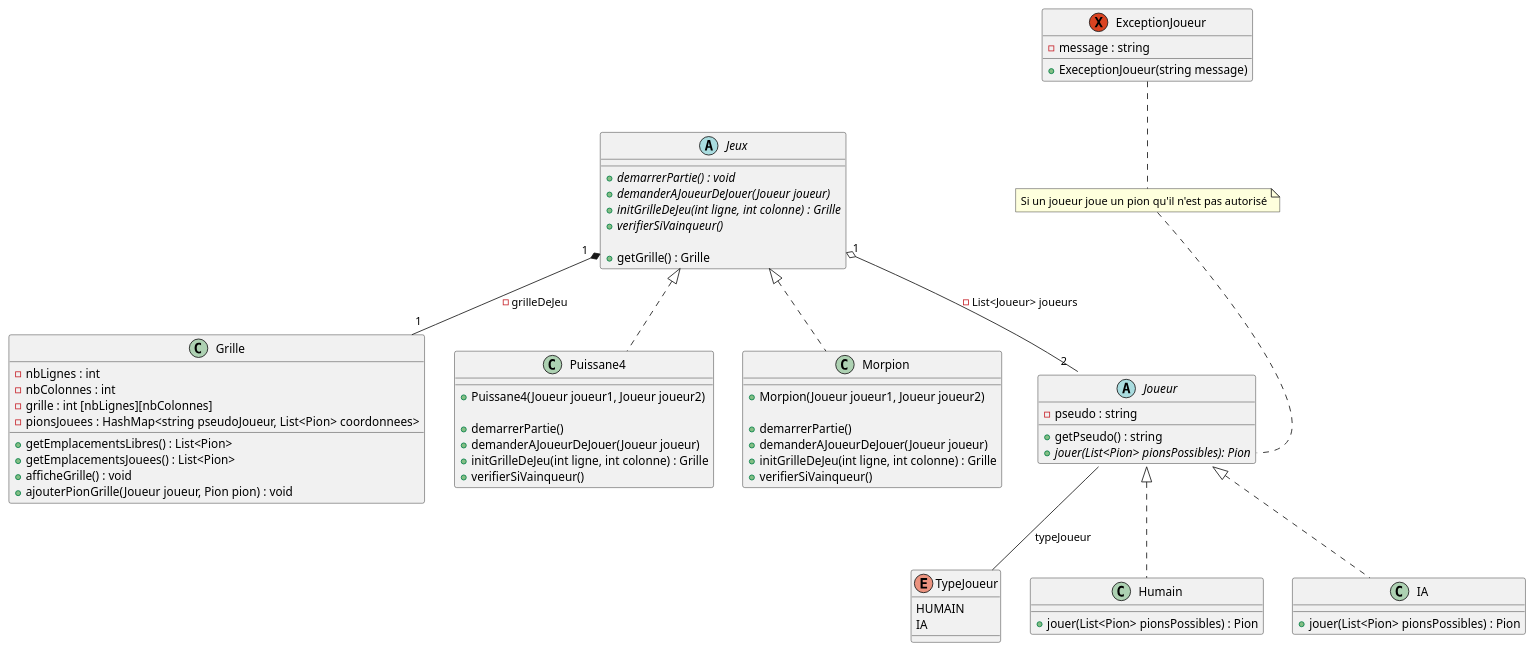
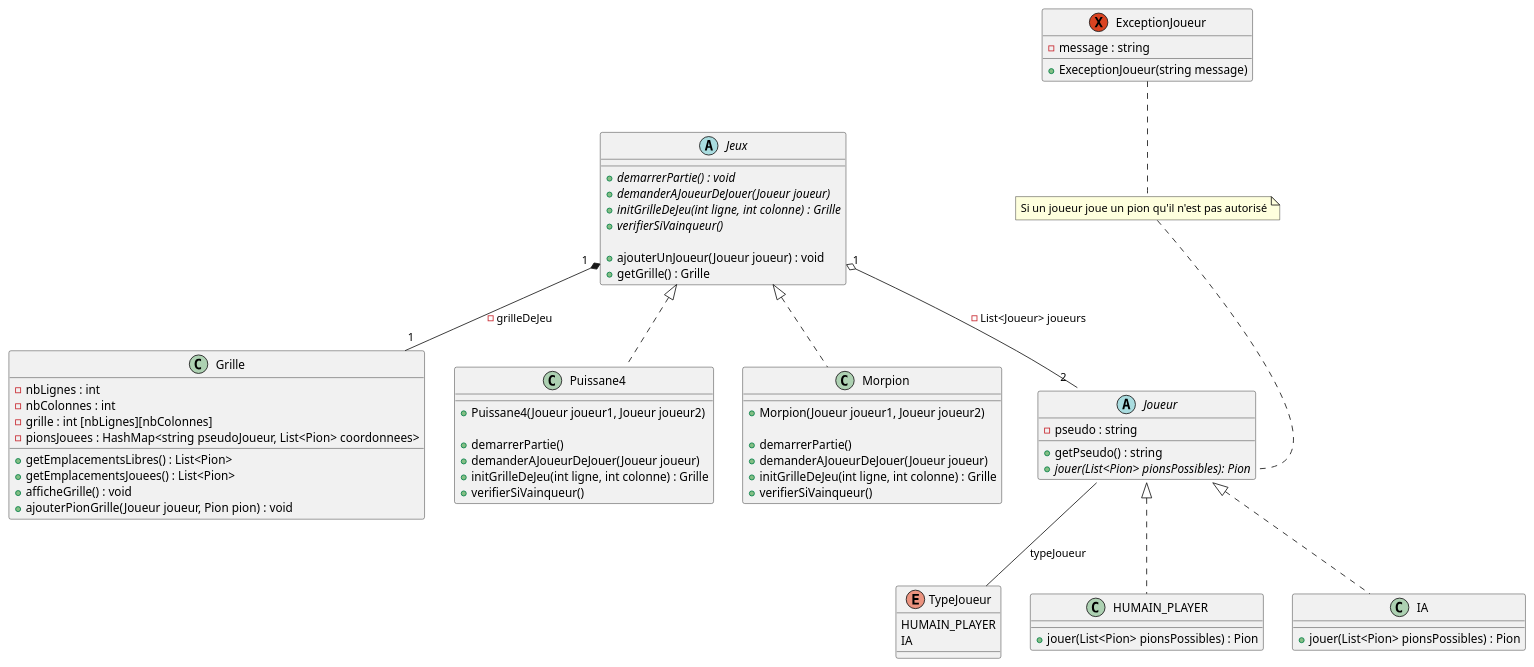
The diagram in uml/diagrammeDeClasse.puml (bobylatruffe/TP4), drawn with PlantUML before and after one commit. The commit also changed 14 other files, not shown here.

```diff
--- a/uml/diagrammeDeClasse.puml
+++ b/uml/diagrammeDeClasse.puml
@@ -1,78 +1,79 @@
 @startuml TP3
 
 abstract class Jeux {
   {abstract} + demarrerPartie() : void
   {abstract} + demanderAJoueurDeJouer(Joueur joueur)
   {abstract} + initGrilleDeJeu(int ligne, int colonne) : Grille
   {abstract} + verifierSiVainqueur()
 
+  + ajouterUnJoueur(Joueur joueur) : void
   + getGrille() : Grille
 }
 
 class Morpion {
   + Morpion(Joueur joueur1, Joueur joueur2)
   
   + demarrerPartie()
   + demanderAJoueurDeJouer(Joueur joueur)
   + initGrilleDeJeu(int ligne, int colonne) : Grille
   + verifierSiVainqueur()
 }
 
 class Puissane4 {
   + Puissane4(Joueur joueur1, Joueur joueur2)
   
   + demarrerPartie()
   + demanderAJoueurDeJouer(Joueur joueur)
   + initGrilleDeJeu(int ligne, int colonne) : Grille
   + verifierSiVainqueur()
 }
 
 abstract class Joueur {
   - pseudo : string
   + getPseudo() : string
   {abstract} + jouer(List<Pion> pionsPossibles): Pion
 }
 
 enum TypeJoueur {
-  HUMAIN
+  HUMAIN_PLAYER
   IA
 }
 
-class Humain {
+class HUMAIN_PLAYER {
   + jouer(List<Pion> pionsPossibles) : Pion
 }
 
 class IA {
   + jouer(List<Pion> pionsPossibles) : Pion
 }
 
 class Grille {
   - nbLignes : int
   - nbColonnes : int
   - grille : int [nbLignes][nbColonnes]
   - pionsJouees : HashMap<string pseudoJoueur, List<Pion> coordonnees>
   
   + getEmplacementsLibres() : List<Pion>
   + getEmplacementsJouees() : List<Pion>
   + afficheGrille() : void
   + ajouterPionGrille(Joueur joueur, Pion pion) : void
 }
 
 exception ExceptionJoueur {
   - message : string
   + ExeceptionJoueur(string message)
 }
 
-Joueur <|.. Humain
+Joueur <|.. HUMAIN_PLAYER
 Joueur <|.. IA
 Joueur -- TypeJoueur : typeJoueur
 Jeux "1  " o-- "2  " Joueur : - List<Joueur> joueurs
 Jeux "1  " *-- "1  " Grille : - grilleDeJeu
 Jeux <|.. Morpion
 Jeux <|.. Puissane4
 
 note "Si un joueur joue un pion qu'il n'est pas autorisé" as note1
 ExceptionJoueur .. note1
 note1 .. Joueur::jouer
 
 @enduml
```
